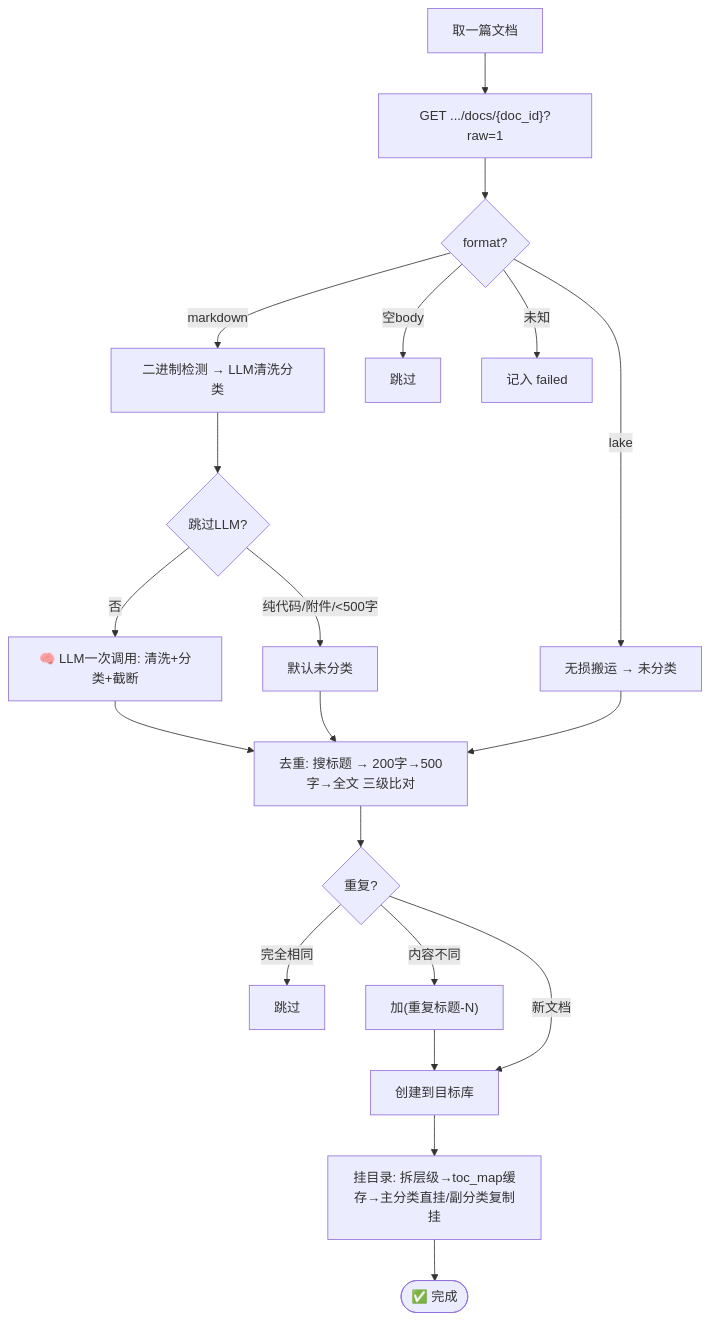
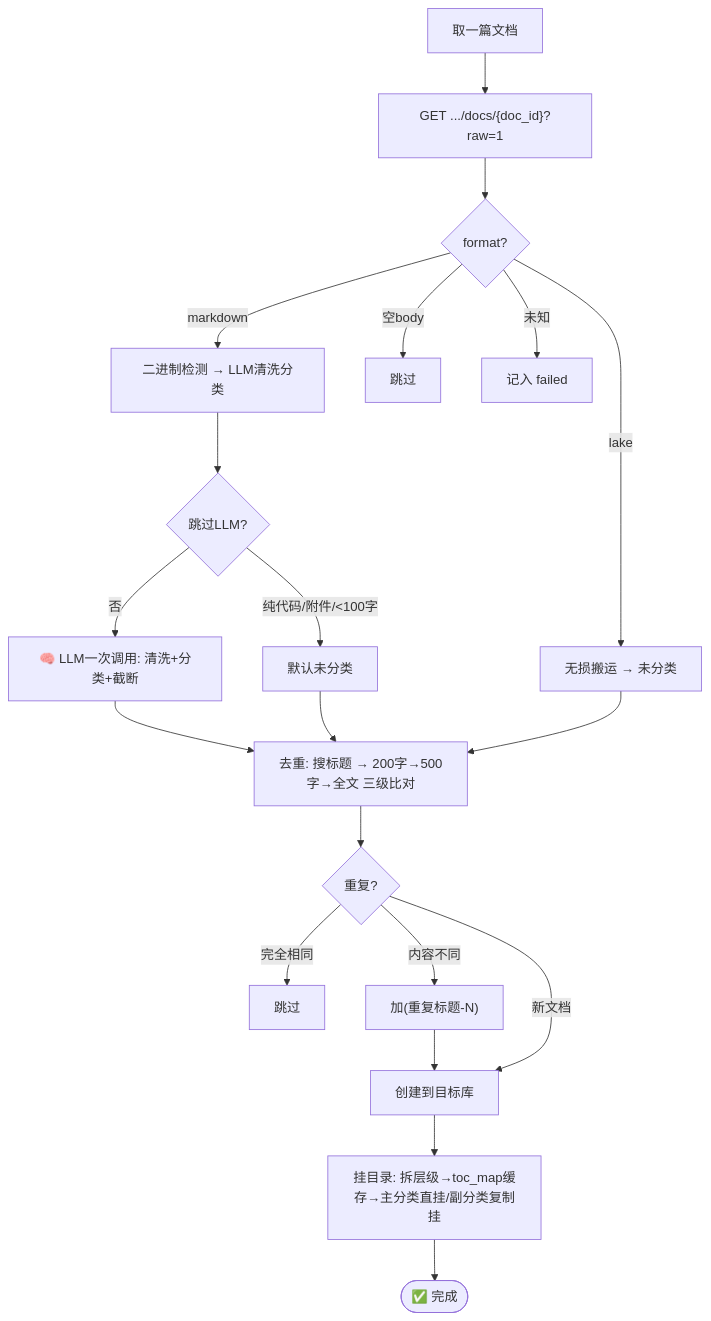
Before and after one commit to yehuoshun/yuque-migration-skill: the second of 4 diagrams in README.md, drawn with Mermaid. The commit also changed 1 other file, not shown here.

Commit message:
fix: LLM跳过阈值从500字降到100字，避免短日记/笔记被误判跳过

````diff
--- a/README.md
+++ b/README.md
@@ -189,22 +189,22 @@
 ```mermaid
 flowchart TD
     S["取一篇文档"] --> A["GET .../docs/{doc_id}?raw=1"]
     A --> B{"format?"}
     B -->|markdown| M["二进制检测 → LLM清洗分类"]
     B -->|lake| L["无损搬运 → 未分类"]
     B -->|空body| SK["跳过"]
     B -->|未知| F["记入 failed"]
     M --> M1{"跳过LLM?"}
-    M1 -->|纯代码/附件/<500字| MC["默认未分类"]
+    M1 -->|纯代码/附件/<100字| MC["默认未分类"]
     M1 -->|否| M2["🧠 LLM一次调用: 清洗+分类+截断"]
     M2 --> D1
     MC --> D1["去重: 搜标题 → 200字→500字→全文 三级比对"]
     L --> D1
     D1 --> D2{"重复?"}
     D2 -->|完全相同| SKIP["跳过"]
     D2 -->|内容不同| D3["加(重复标题-N)"]
     D3 --> CR["创建到目标库"]
     D2 -->|新文档| CR
     CR --> TC["挂目录: 拆层级→toc_map缓存→主分类直挂/副分类复制挂"]
     TC --> DN(["✅ 完成"])
 ```
````
